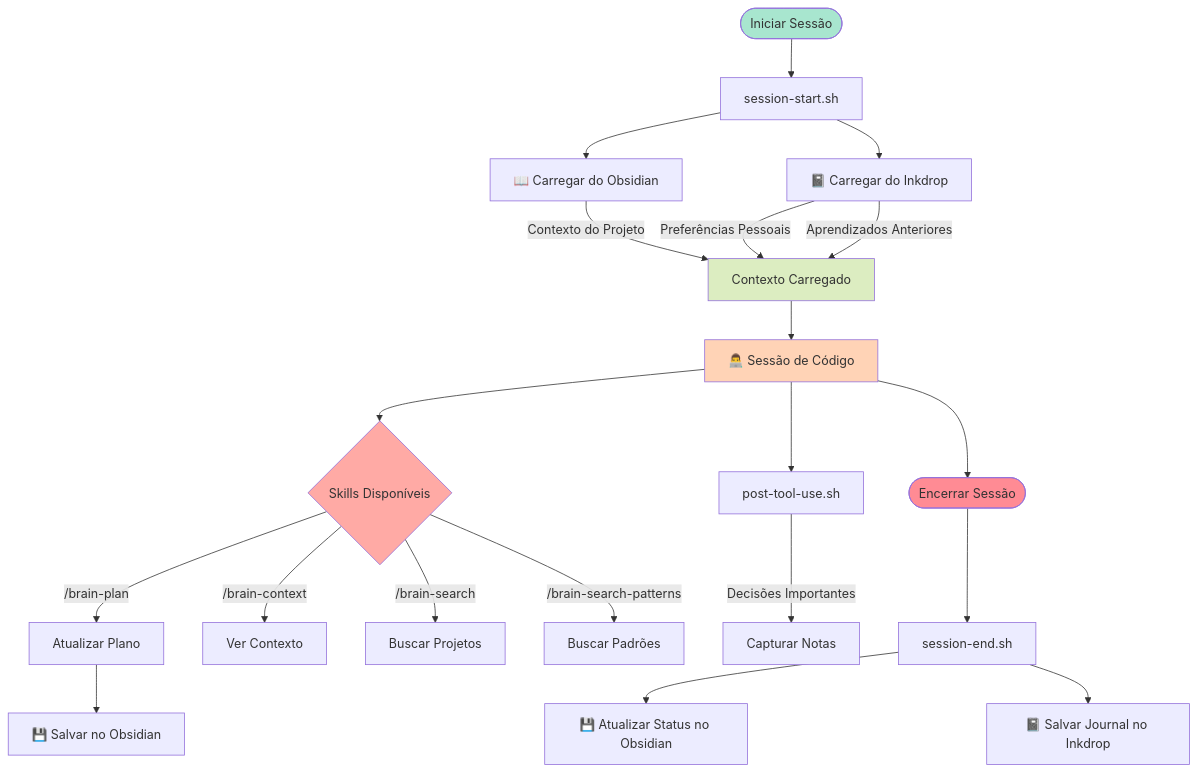
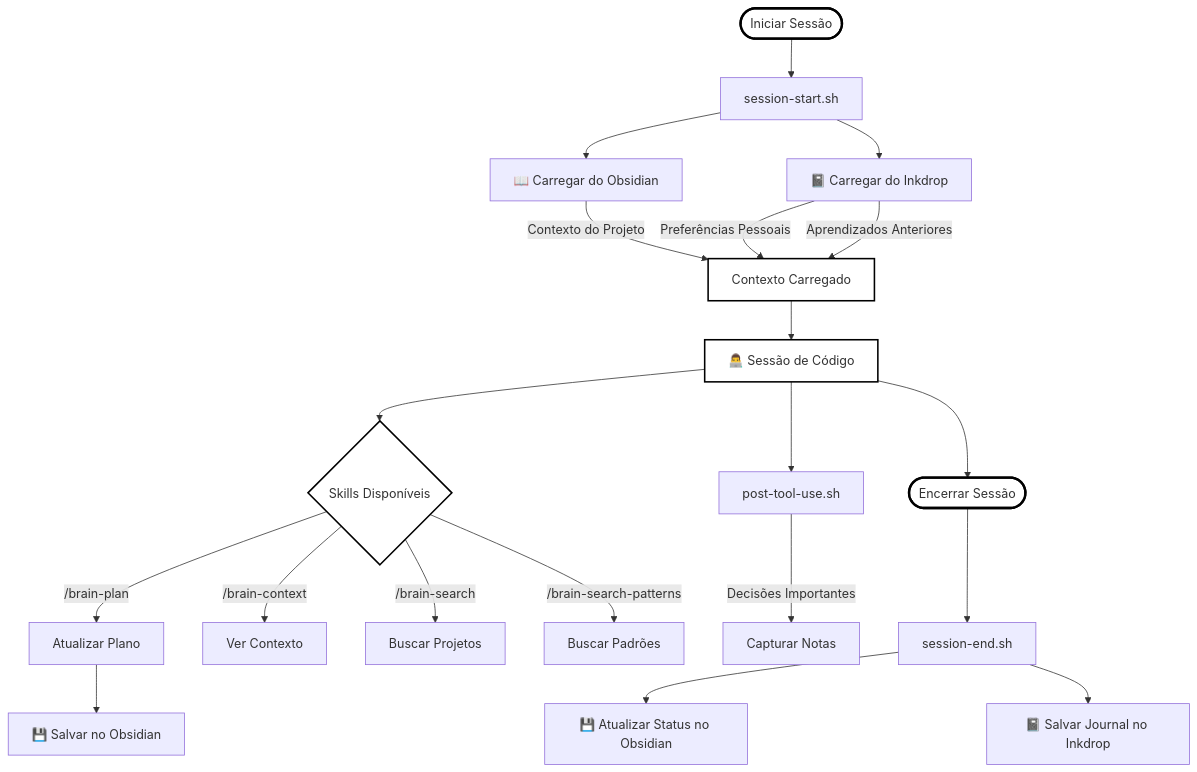
Before and after one commit to marcoscarbonera/carbon-claude-brain: the first of 2 diagrams in README_pt-BR.md, drawn with Mermaid. The commit also changed other lines of this file and 1 other file, not shown here.

Commit message:
style: update diagram element colors in README diagrams to white fill with black stroke.

````diff
--- a/README_pt-BR.md
+++ b/README_pt-BR.md
@@ -11,34 +11,34 @@
 ```mermaid
 flowchart TB
     Start([Iniciar Sessão]) --> Hook1[session-start.sh]
     Hook1 --> Obs1[📖 Carregar do Obsidian]
     Hook1 --> Ink1[📓 Carregar do Inkdrop]
 
     Obs1 --> |Contexto do Projeto|Load[Contexto Carregado]
     Ink1 --> |Preferências Pessoais|Load
     Ink1 --> |Aprendizados Anteriores|Load
 
     Load --> Work[👨‍💻 Sessão de Código]
 
     Work --> Skills{Skills Disponíveis}
     Skills --> |/brain-plan|PlanSkill[Atualizar Plano]
     Skills --> |/brain-context|CtxSkill[Ver Contexto]
     Skills --> |/brain-search|SearchSkill[Buscar Projetos]
     Skills --> |/brain-search-patterns|PatternSkill[Buscar Padrões]
 
     PlanSkill --> SaveObs[💾 Salvar no Obsidian]
 
     Work --> Hook2[post-tool-use.sh]
     Hook2 --> |Decisões Importantes|Capture[Capturar Notas]
 
     Work --> End([Encerrar Sessão])
     End --> Hook3[session-end.sh]
     Hook3 --> SaveObs2[💾 Atualizar Status no Obsidian]
     Hook3 --> SaveInk[📓 Salvar Journal no Inkdrop]
 
-    style Start fill:#a8e6cf
-    style End fill:#ff8b94
-    style Work fill:#ffd3b6
-    style Load fill:#dcedc1
-    style Skills fill:#ffaaa5
+    style Start fill:#fff,stroke:#000,stroke-width:3px
+    style End fill:#fff,stroke:#000,stroke-width:3px
+    style Work fill:#fff,stroke:#000,stroke-width:2px
+    style Load fill:#fff,stroke:#000,stroke-width:2px
+    style Skills fill:#fff,stroke:#000,stroke-width:2px
 ```
````
